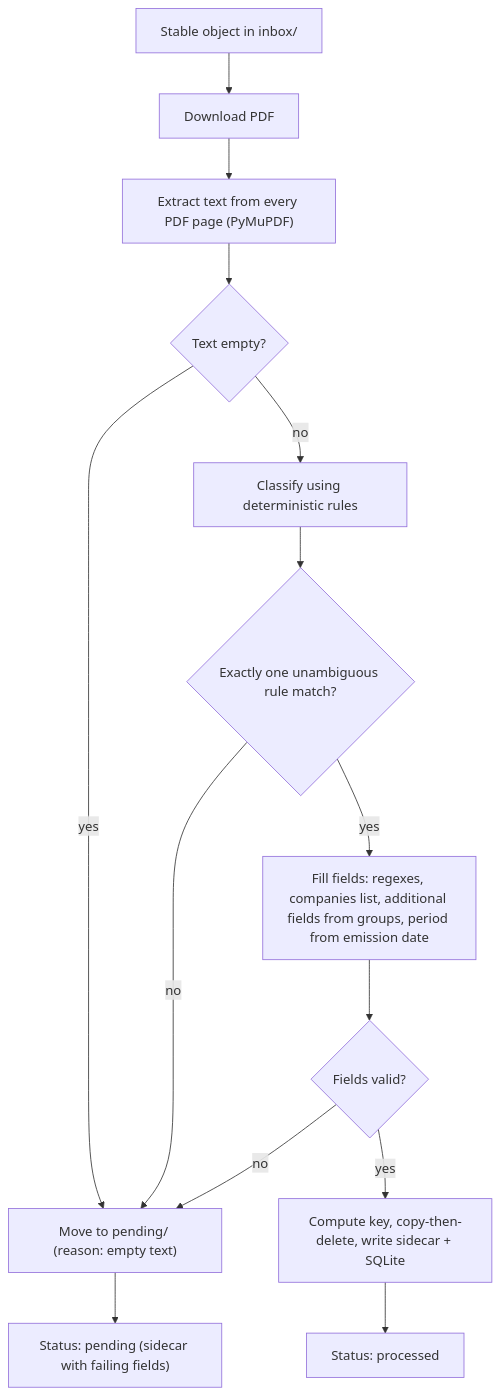
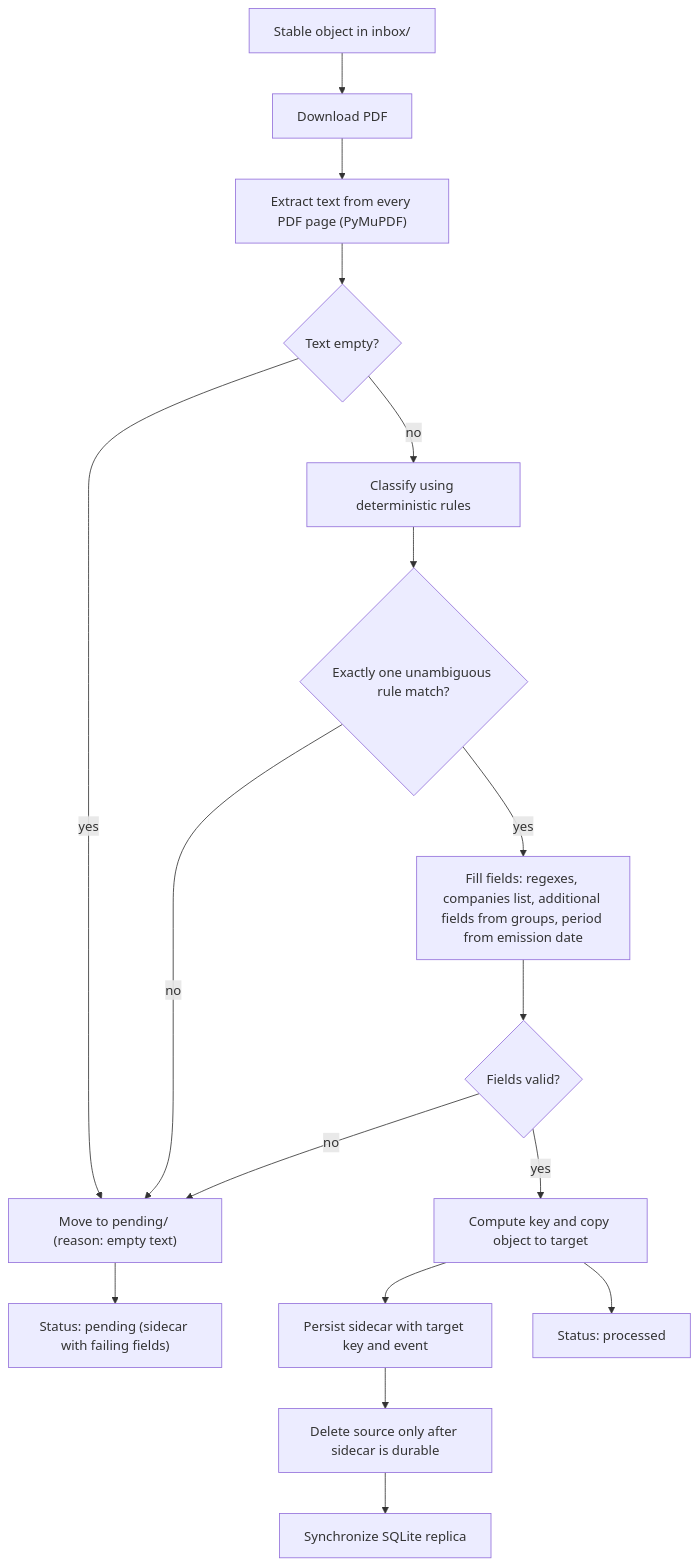
One commit to napnap75/multiarch-docker-images changed the second of 3 diagrams in automatic-pdf-renamer/arch.md. Above: the diagram before and after it, drawn with Mermaid.

Commit message:
Align safe rename ordering and configuration scope

````diff
--- a/automatic-pdf-renamer/arch.md
+++ b/automatic-pdf-renamer/arch.md
@@ -100,16 +100,19 @@
 ```mermaid
 flowchart TD
   in["Stable object in inbox/"] --> dl["Download PDF"]
   dl --> tx["Extract text from every PDF page (PyMuPDF)"]
   tx --> empty{"Text empty?"}
   empty -- yes --> pending["Move to pending/ (reason: empty text)"]
   empty -- no --> cls["Classify using deterministic rules"]
   cls --> unamb{"Exactly one unambiguous rule match?"}
   unamb -- no --> pending
   unamb -- yes --> fill["Fill fields: regexes, companies list, additional fields from groups, period from emission date"]
   fill --> valid{"Fields valid?"}
   valid -- no --> pending
-  valid -- yes --> rename["Compute key, copy-then-delete, write sidecar + SQLite"]
+  valid -- yes --> rename["Compute key and copy object to target"]
+  rename --> sidecar["Persist sidecar with target key and event"]
+  sidecar --> delete["Delete source only after sidecar is durable"]
+  delete --> sqlite["Synchronize SQLite replica"]
   rename --> done["Status: processed"]
   pending --> wait["Status: pending (sidecar with failing fields)"]
 ```
````
